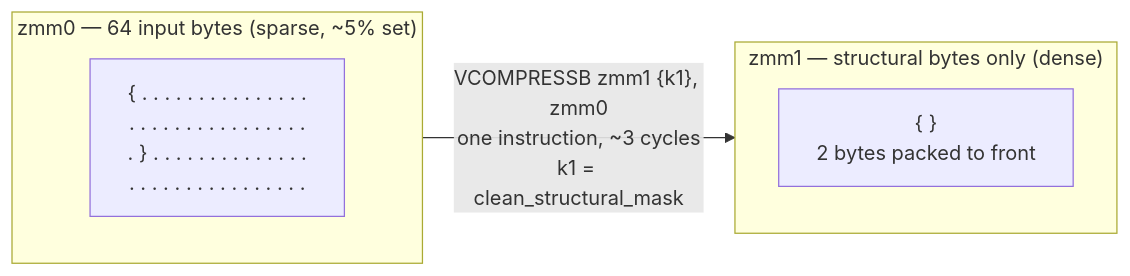
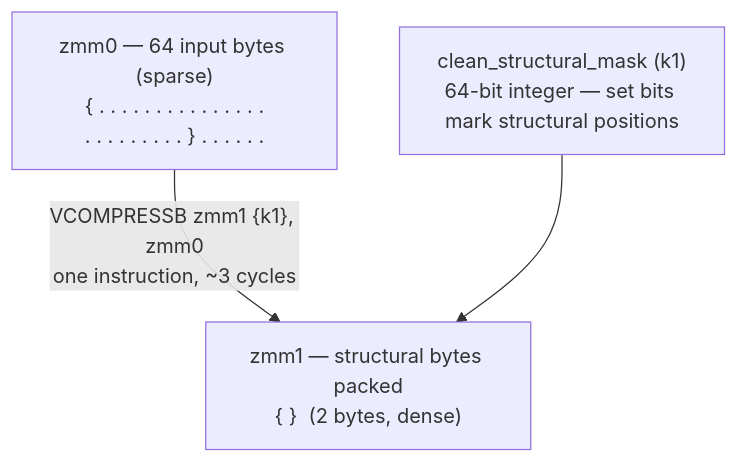
The fourth of 6 diagrams in docs/theory/simd.md (the-lkb/beast-json), drawn with Mermaid before and after one commit. The commit also changed other lines of this file and 4 other files, not shown here.

````diff
--- a/docs/theory/simd.md
+++ b/docs/theory/simd.md
@@ -156,12 +153,11 @@
 ```mermaid
-flowchart LR
-    subgraph BEFORE["zmm0 — 64 input bytes (sparse, ~5% set)"]
-        B["{ . . . . . . . . . . . . . . .\n. . . . . . . . . . . . . . . .\n. } . . . . . . . . . . . . . .\n. . . . . . . . . . . . . . . ."]
-    end
+flowchart TB
+    BEFORE["zmm0 — 64 input bytes (sparse)<br/>{ . . . . . . . . . . . . . . .<br/>. . . . . . . . . } . . . . . ."]
 
-    subgraph AFTER["zmm1 — structural bytes only (dense)"]
-        A["{ }\n2 bytes packed to front"]
-    end
+    MASK["clean_structural_mask (k1)<br/>64-bit integer — set bits mark structural positions"]
 
-    BEFORE -->|"VCOMPRESSB zmm1 {k1}, zmm0\none instruction, ~3 cycles\nk1 = clean_structural_mask"| AFTER
+    AFTER["zmm1 — structural bytes packed<br/>{ }  (2 bytes, dense)"]
+
+    BEFORE -->|"VCOMPRESSB zmm1 {k1}, zmm0<br/>one instruction, ~3 cycles"| AFTER
+    MASK --> AFTER
 ```
````
